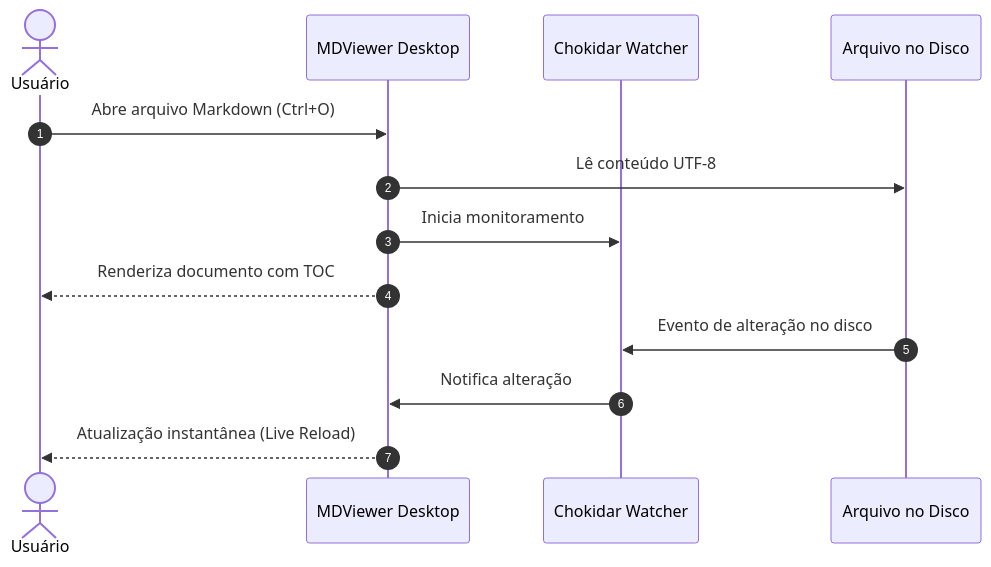
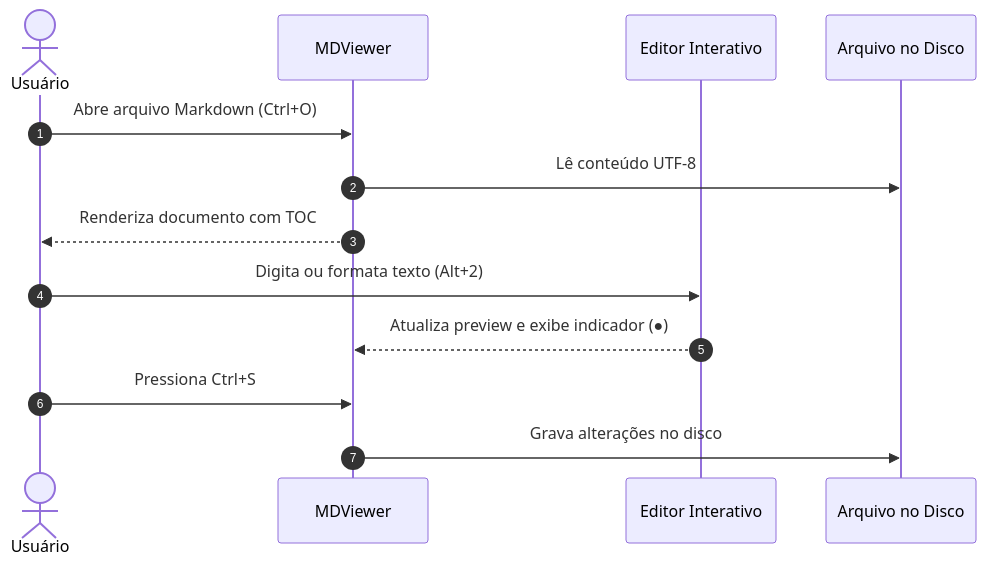
The second of 2 diagrams in sample.md (melecajou/mdviewer), drawn with Mermaid before and after one commit. The commit also changed other lines of this file and 2 other files, not shown here.

Commit message:
docs: update README and sample.md with editor features and cross-platform details

````diff
--- a/sample.md
+++ b/sample.md
@@ -62,16 +66,16 @@
 ```mermaid
 sequenceDiagram
     autonumber
     actor Usuario as Usuário
-    participant App as MDViewer Desktop
-    participant Watcher as Chokidar Watcher
+    participant App as MDViewer
+    participant Editor as Editor Interativo
     participant File as Arquivo no Disco
 
     Usuario->>App: Abre arquivo Markdown (Ctrl+O)
     App->>File: Lê conteúdo UTF-8
-    App->>Watcher: Inicia monitoramento
     App-->>Usuario: Renderiza documento com TOC
-    File->>Watcher: Evento de alteração no disco
-    Watcher->>App: Notifica alteração
-    App-->>Usuario: Atualização instantânea (Live Reload)
+    Usuario->>Editor: Digita ou formata texto (Alt+2)
+    Editor-->>App: Atualiza preview e exibe indicador (●)
+    Usuario->>App: Pressiona Ctrl+S
+    App->>File: Grava alterações no disco
 ```
````
